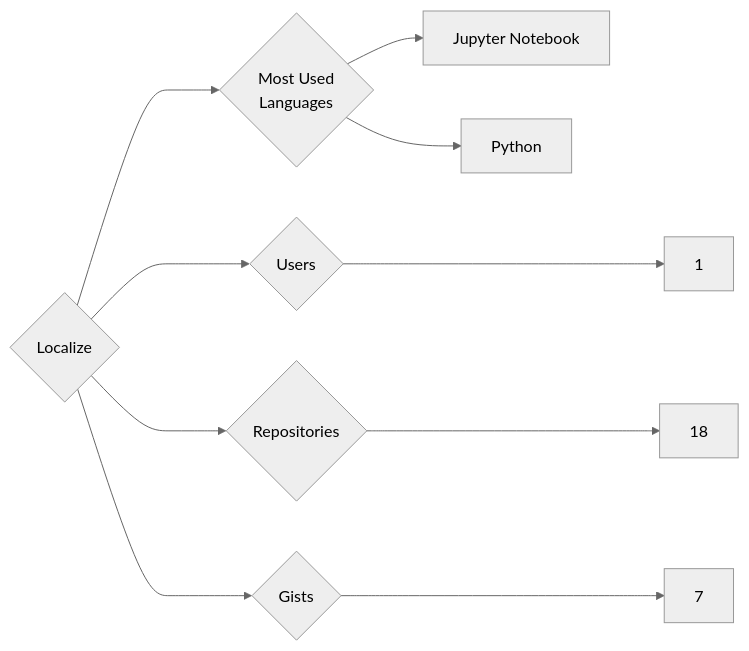
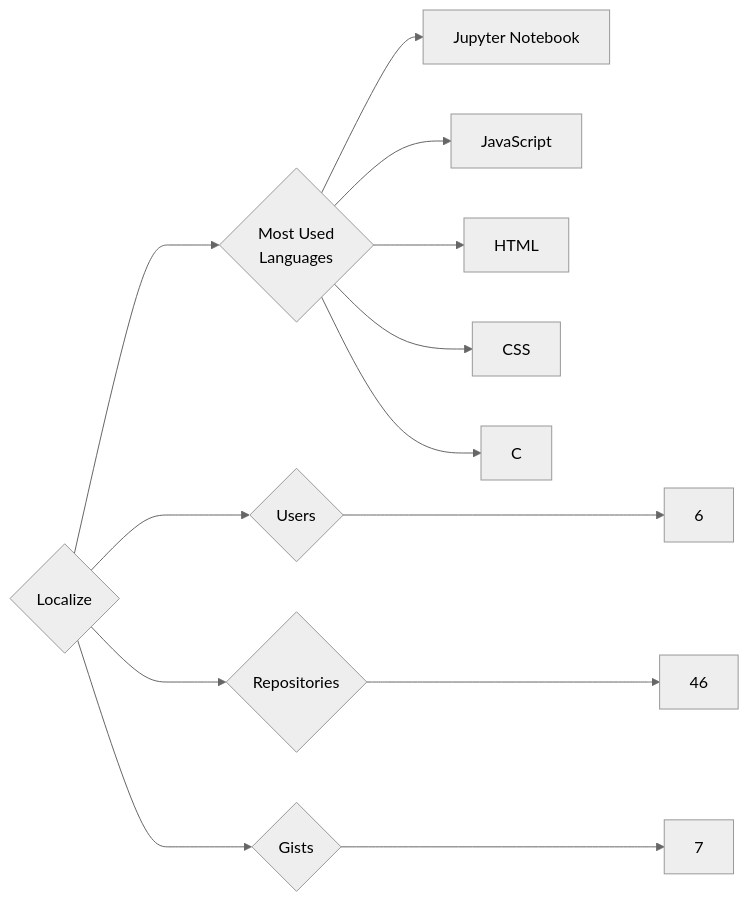
One commit to trickest/insiders changed the diagram in targets/Localize/README.md. Above: the diagram before and after it, drawn with Mermaid (neutral theme). The commit also changed 826 other files, not shown here.

````diff
--- a/targets/Localize/README.md
+++ b/targets/Localize/README.md
@@ -3,10 +3,13 @@
 ```mermaid
 graph LR
 COMPANY_NAME{Localize}
-COMPANY_NAME ---> U{Users} ---> UN[1]
-COMPANY_NAME ---> R{Repositories} ---> RN[18]
+COMPANY_NAME ---> U{Users} ---> UN[6]
+COMPANY_NAME ---> R{Repositories} ---> RN[46]
 COMPANY_NAME ---> G{Gists} ---> GN[7]
 COMPANY_NAME ---> ML{Most Used<br>Languages}
 ML --> Jupyter_Notebook[Jupyter Notebook]
-ML --> Python[Python]
+ML --> JavaScript[JavaScript]
+ML --> HTML[HTML]
+ML --> CSS[CSS]
+ML --> C[C]
 ```
````
